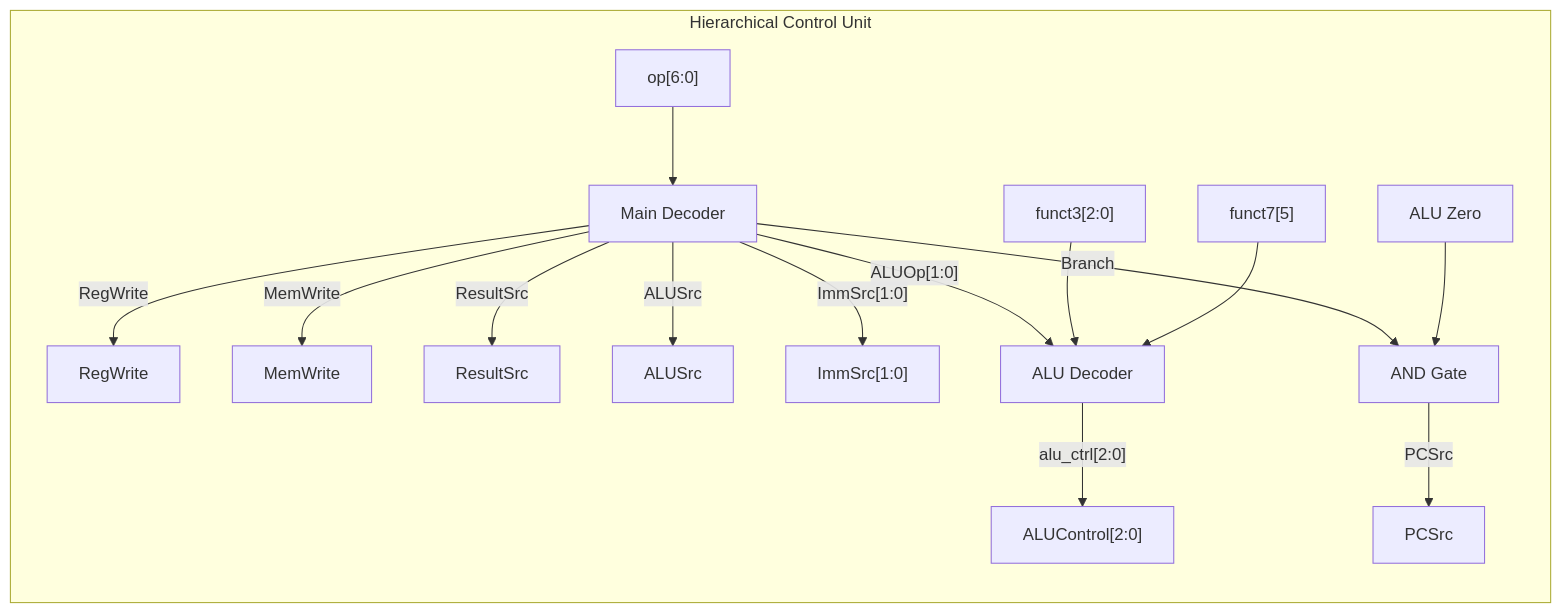
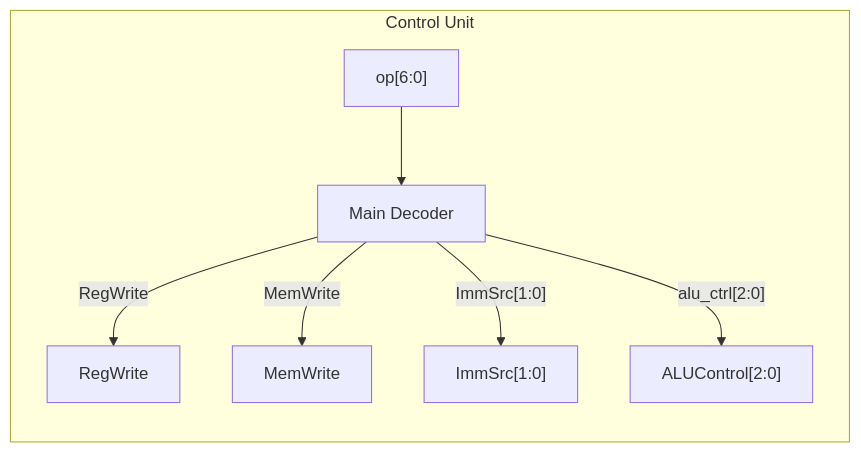
Before and after one commit to nikunjmalik306/rm32: the second of 2 diagrams in README.md, drawn with Mermaid. The commit also changed other lines of this file, not shown here.

````diff
--- a/README.md
+++ b/README.md
@@ -241,22 +260,12 @@
 ```mermaid
 flowchart TD
-    subgraph Control_Unit["Hierarchical Control Unit"]
+    subgraph Control_Unit["Control Unit"]
         direction TB
         OP["op[6:0]"] --> MainDec["Main Decoder"]
         
         MainDec -->|"RegWrite"| RW["RegWrite"]
         MainDec -->|"MemWrite"| MW["MemWrite"]
-        MainDec -->|"ResultSrc"| RS["ResultSrc"]
-        MainDec -->|"ALUSrc"| AS["ALUSrc"]
         MainDec -->|"ImmSrc[1:0]"| IS["ImmSrc[1:0]"]
-        MainDec -->|"Branch"| AND1["AND Gate"]
-        MainDec -->|"ALUOp[1:0]"| ALUDec["ALU Decoder"]
-        
-        F3["funct3[2:0]"] --> ALUDec
-        F7["funct7[5]"] --> ALUDec
-        ALUDec -->|"alu_ctrl[2:0]"| AC["ALUControl[2:0]"]
-        
-        ZERO["ALU Zero"] --> AND1
-        AND1 -->|"PCSrc"| PCSRC["PCSrc"]
+        MainDec -->|"alu_ctrl[2:0]"| AC["ALUControl[2:0]"]
     end
 ```
````
